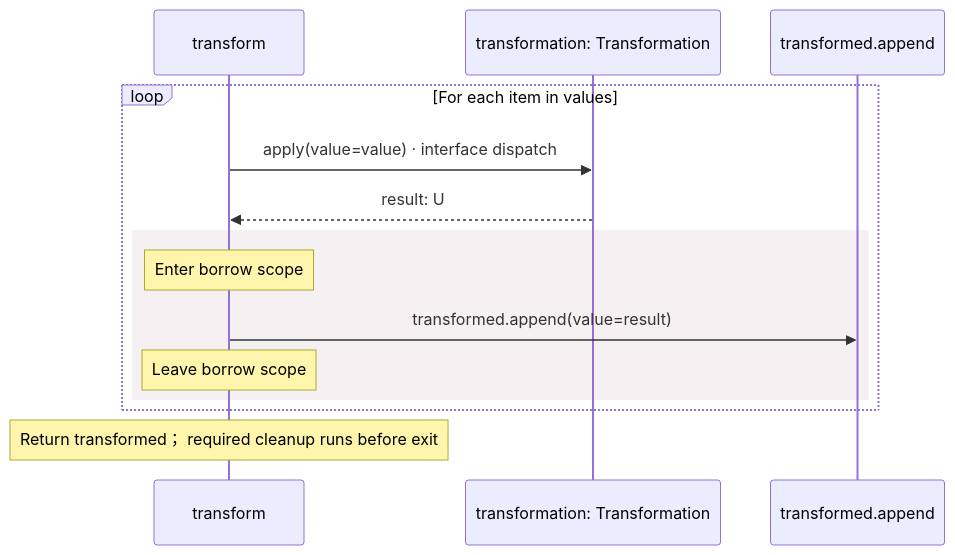
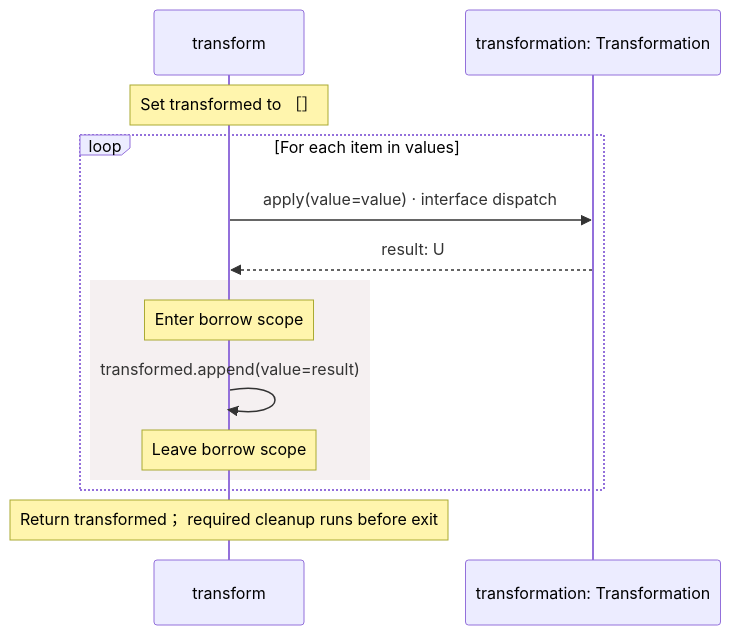
Diagram 12 of 21 in src/stdlib/collections/operations.aug.diagrams.md (GreenPandaStudios/augscript), drawn with Mermaid before and after one commit. The commit also changed other lines of this file and 304 other files, not shown here.

Commit message:
Make generated data-flow sequences concise and review every diagram

````diff
--- a/src/stdlib/collections/operations.aug.diagrams.md
+++ b/src/stdlib/collections/operations.aug.diagrams.md
@@ -137,16 +167,16 @@
 ```mermaid
 sequenceDiagram
     participant p0 as transform
     participant p1 as transformation: Transformation
-    participant p2 as transformed.append
+    Note over p0: Set transformed to ［］
     loop For each item in values
     p0->>p1: apply(value=value) · interface dispatch
     p1-->>p0: result: U
     rect rgb(245, 240, 241)
     Note over p0: Enter borrow scope
-    p0->>p2: transformed.append(value=result)
+    p0->>p0: transformed.append(value=result)
     Note over p0: Leave borrow scope
     end
     end
     Note over p0: Return transformed； required cleanup runs before exit
 ```
````
